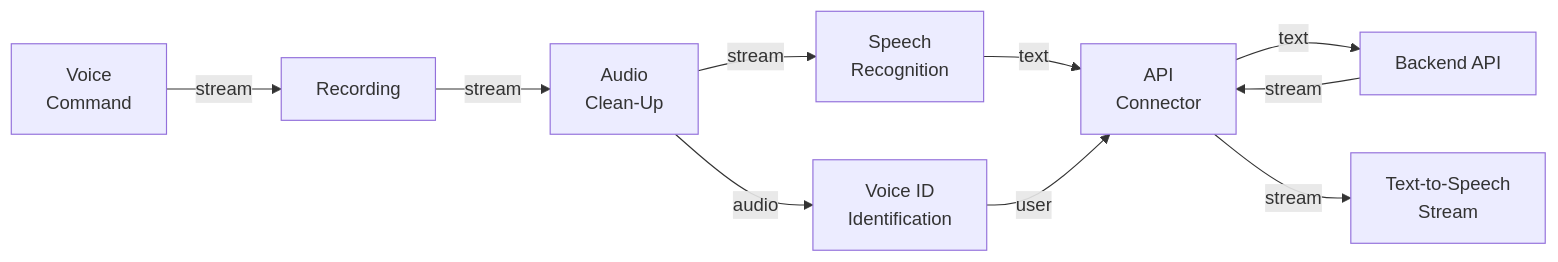
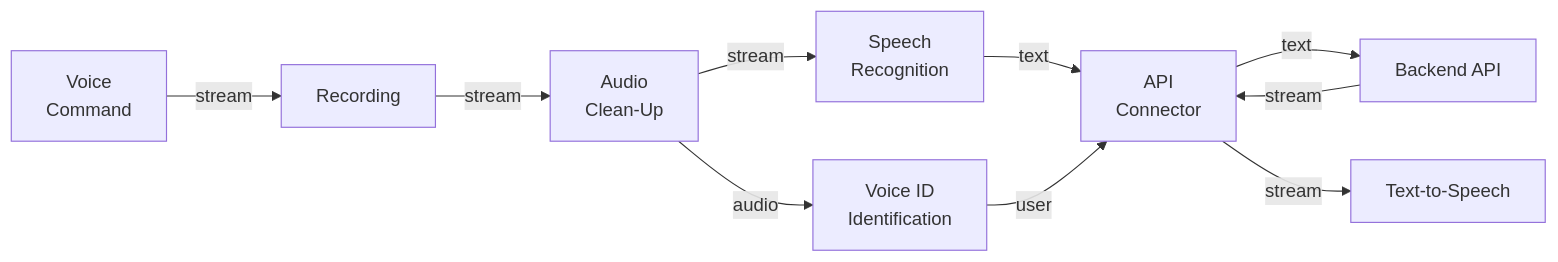
The second of 2 diagrams in README.md (jamro/yova), drawn with Mermaid before and after one commit. The commit also changed 7 other files, not shown here.

````diff
--- a/README.md
+++ b/README.md
@@ -47,14 +47,14 @@
 ```mermaid
     graph LR
         VC[Voice<br/> Command] -->|stream| RS[Recording]
         RS -->|stream| AC[Audio<br/>Clean-Up]
         AC -->|stream| ASR[Speech<br/>Recognition]
         AC -->|audio| VID[Voice ID<br/>Identification]
         ASR -->|text| API[API<br/>Connector]
         VID -->|user| API
 
         API -->|text| B[Backend API]
         B[Backend API] -->|stream| API
 
-        API -->|stream| TTS[Text-to-Speech<br/>Stream]  
+        API -->|stream| TTS[Text-to-Speech]  
 ```
````
